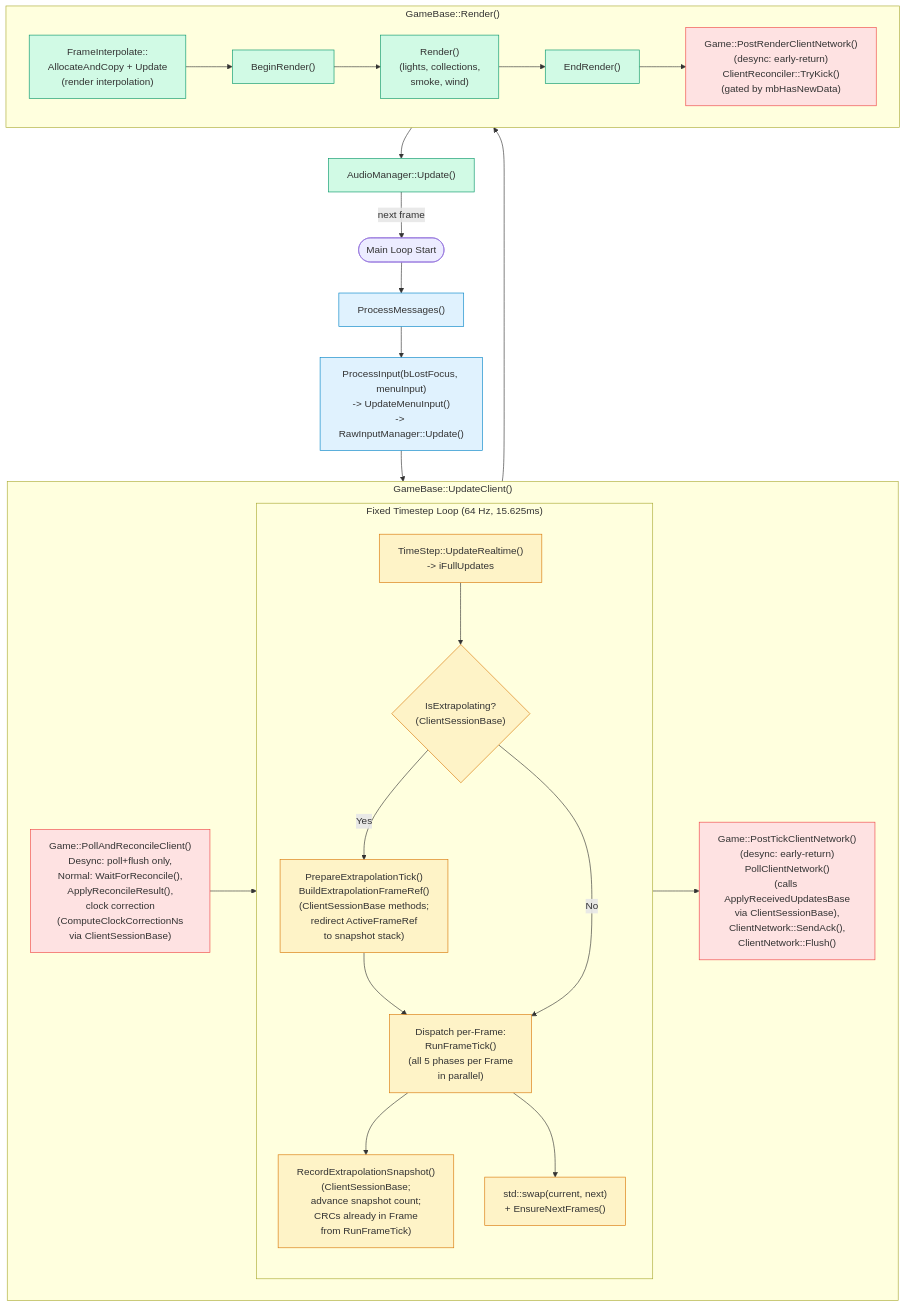
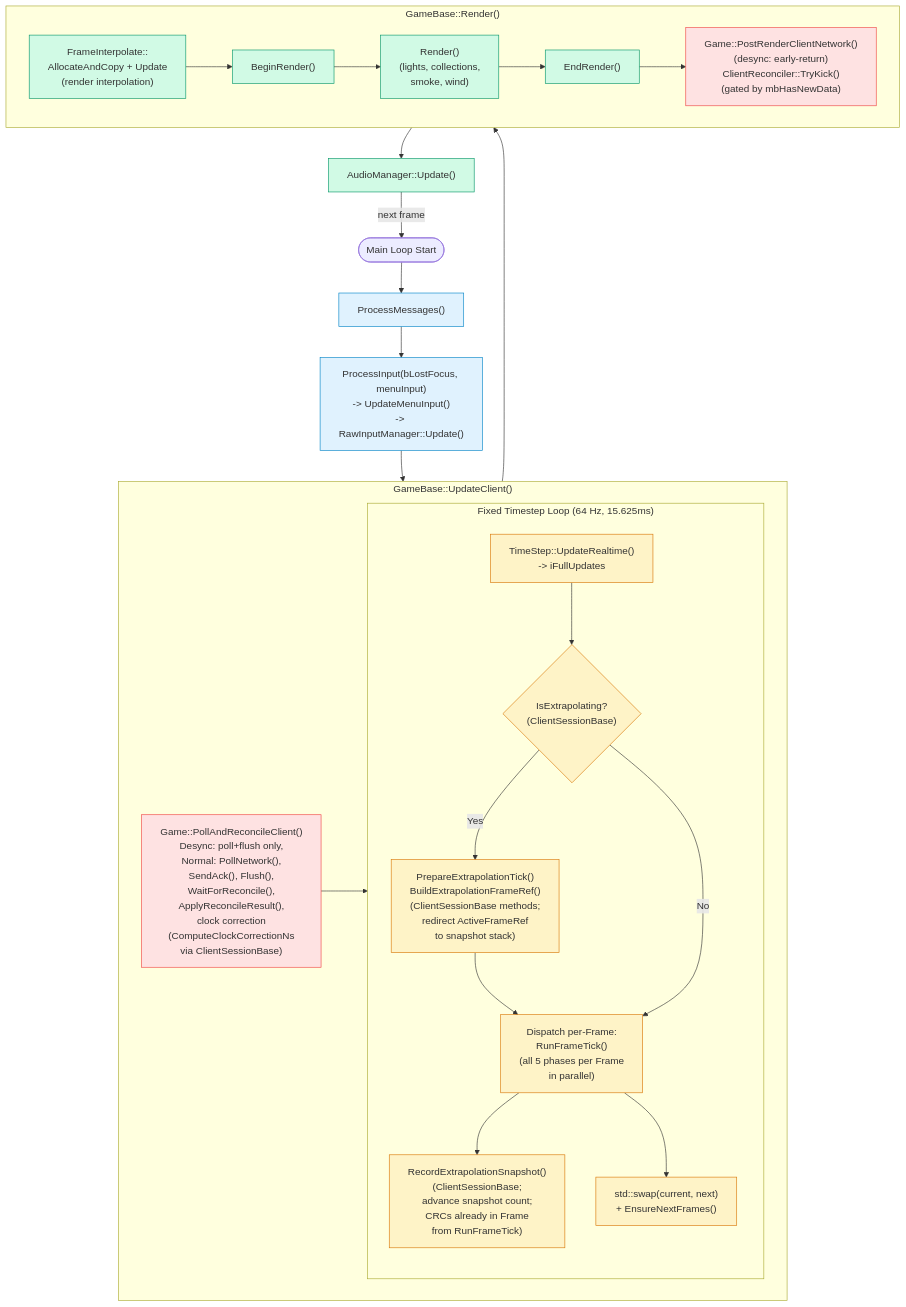
One commit to DougTanner/BrokenEnginePublic changed the second of 5 diagrams in Documents/Architecture/FrameUpdatePipeline.md. Above: the diagram before and after it, drawn with Mermaid. The commit also changed other lines of this file and 10 other files, not shown here.

````diff
--- a/Documents/Architecture/FrameUpdatePipeline.md
+++ b/Documents/Architecture/FrameUpdatePipeline.md
@@ -55,51 +55,49 @@
 ```mermaid
 %%{init: {'theme': 'default'}}%%
 flowchart TD
     classDef input fill:#e0f2fe,stroke:#0284c7
     classDef physics fill:#fef3c7,stroke:#d97706
     classDef network fill:#fee2e2,stroke:#ef4444
     classDef render fill:#d1fae5,stroke:#059669
 
     start(["Main Loop Start"])
 
     msgs["ProcessMessages()"]:::input
 
     preupdate["ProcessInput(bLostFocus, menuInput)<br/>-> UpdateMenuInput()<br/>-> RawInputManager::Update()"]:::input
 
     subgraph tick_frames ["GameBase::UpdateClient()"]
-        poll_reconcile["Game::PollAndReconcileClient()<br/>Desync: poll+flush only,<br/>Normal: WaitForReconcile(),<br/>ApplyReconcileResult(),<br/>clock correction<br/>(ComputeClockCorrectionNs<br/>via ClientSessionBase)"]:::network
+        poll_reconcile["Game::PollAndReconcileClient()<br/>Desync: poll+flush only,<br/>Normal: PollNetwork(),<br/>SendAck(), Flush(),<br/>WaitForReconcile(),<br/>ApplyReconcileResult(),<br/>clock correction<br/>(ComputeClockCorrectionNs<br/>via ClientSessionBase)"]:::network
 
         subgraph physics_loop ["Fixed Timestep Loop (64 Hz, 15.625ms)"]
             ts["TimeStep::UpdateRealtime()<br/>-> iFullUpdates"]:::physics
             extrap_check{"IsExtrapolating?<br/>(ClientSessionBase)"}:::physics
             extrap_prep["PrepareExtrapolationTick()<br/>BuildExtrapolationFrameRef()<br/>(ClientSessionBase methods;<br/>redirect ActiveFrameRef<br/>to snapshot stack)"]:::physics
             dispatch["Dispatch per-Frame:<br/>RunFrameTick()<br/>(all 5 phases per Frame<br/>in parallel)"]:::physics
             extrap_record["RecordExtrapolationSnapshot()<br/>(ClientSessionBase;<br/>advance snapshot count;<br/>CRCs already in Frame<br/>from RunFrameTick)"]:::physics
             frame_swap["std::swap(current, next)<br/>+ EnsureNextFrames()"]:::physics
             ts --> extrap_check
             extrap_check -->|"Yes"| extrap_prep --> dispatch --> extrap_record
             extrap_check -->|"No"| dispatch --> frame_swap
         end
 
-        post_tick["Game::PostTickClientNetwork()<br/>(desync: early-return)<br/>PollClientNetwork()<br/>(calls ApplyReceivedUpdatesBase<br/>via ClientSessionBase),<br/>ClientNetwork::SendAck(),<br/>ClientNetwork::Flush()"]:::network
-
-        poll_reconcile --> physics_loop --> post_tick
+        poll_reconcile --> physics_loop
     end
 
     subgraph render_method ["GameBase::Render()"]
         r_interp["FrameInterpolate::<br/>AllocateAndCopy + Update<br/>(render interpolation)"]:::render
         r_begin["BeginRender()"]:::render
         r_main["Render()<br/>(lights, collections,<br/>smoke, wind)"]:::render
         r_end["EndRender()"]:::render
 
         post_render["Game::PostRenderClientNetwork()<br/>(desync: early-return)<br/>ClientReconciler::TryKick()<br/>(gated by mbHasNewData)"]:::network
 
         r_interp --> r_begin --> r_main --> r_end --> post_render
     end
 
     audio["AudioManager::Update()"]:::render
 
     start --> msgs --> preupdate --> tick_frames
     tick_frames --> render_method --> audio
     audio -->|next frame| start
 ```
````
